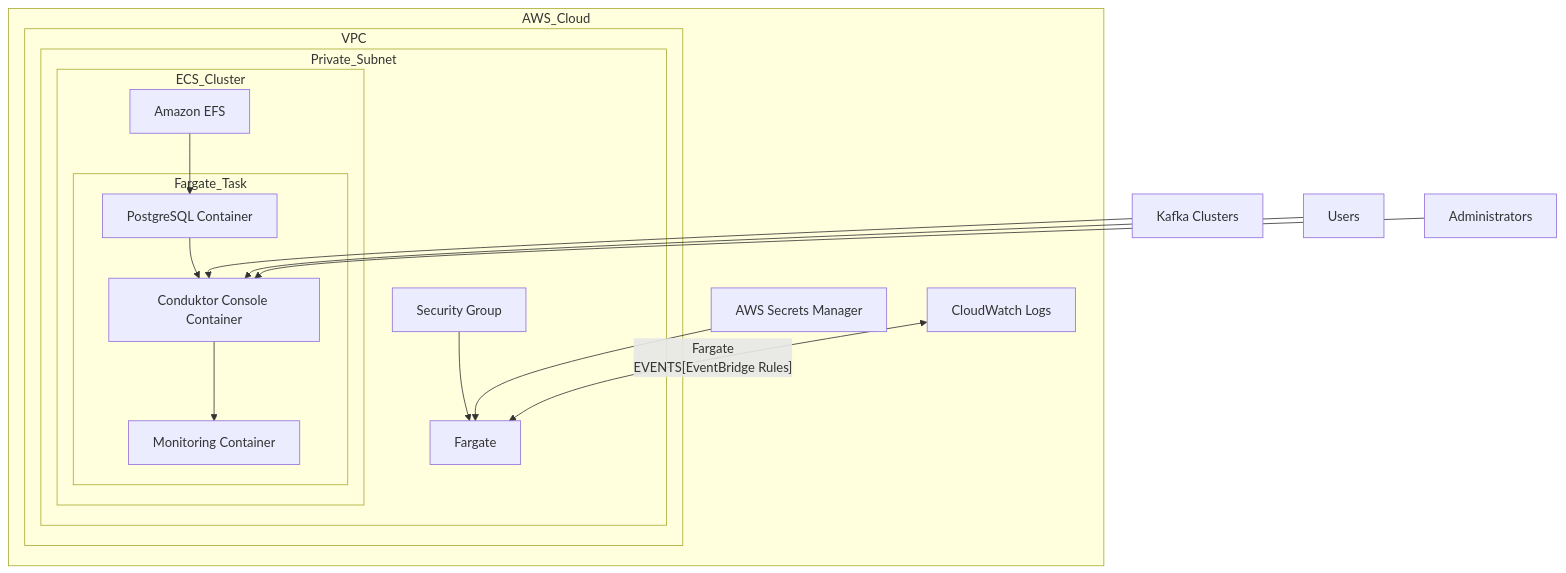
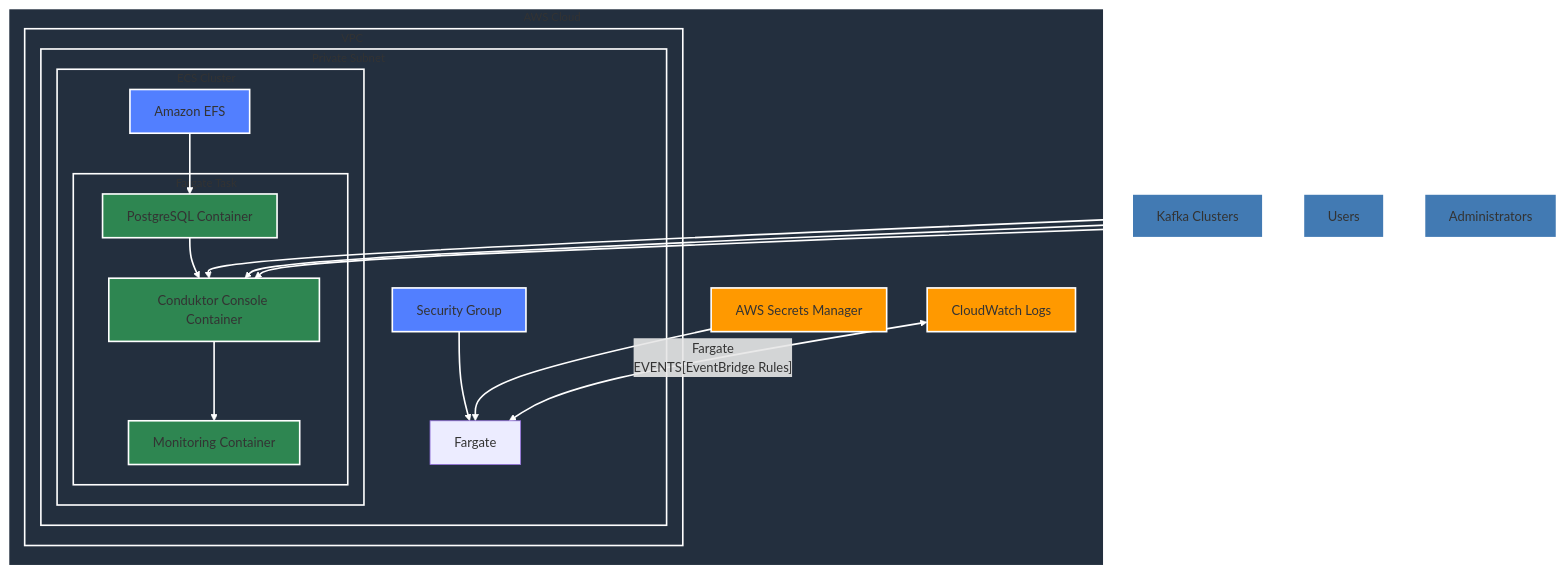
The diagram in README.md (kaisewhite/conduktor), drawn with Mermaid before and after one commit.

Commit message:
Enhance Mermaid diagram with styling and class definitions for AWS components

````diff
--- a/README.md
+++ b/README.md
@@ -42,24 +42,48 @@
 ```mermaid
 graph TD
-    subgraph AWS_Cloud
-        subgraph VPC
-            subgraph Private_Subnet
-                subgraph ECS_Cluster
-                    subgraph Fargate_Task
+    classDef aws fill:#232F3E,stroke:#fff,stroke-width:2px
+    classDef awsService fill:#FF9900,stroke:#fff,stroke-width:2px
+    classDef awsResource fill:#527FFF,stroke:#fff,stroke-width:2px
+    classDef external fill:#427AB3,stroke:#fff,stroke-width:2px
+    classDef container fill:#2E8651,stroke:#fff,stroke-width:2px
+
+    subgraph AWS_Cloud["AWS Cloud"]
+        class AWS_Cloud aws
+        subgraph VPC["VPC"]
+            class VPC aws
+            subgraph Private_Subnet["Private Subnet"]
+                class Private_Subnet aws
+                subgraph ECS_Cluster["ECS Cluster"]
+                    class ECS_Cluster aws
+                    subgraph Fargate_Task["Fargate Task"]
+                        class Fargate_Task aws
                         PG[PostgreSQL Container] --> CONDUKTOR
                         CONDUKTOR[Conduktor Console Container] --> MONITORING
                         MONITORING[Monitoring Container]
+                        class PG,CONDUKTOR,MONITORING container
                     end
                     EFS[Amazon EFS] --> PG
+                    class EFS awsResource
                 end
                 SG[Security Group] --> Fargate
+                class SG awsResource
             end
         end
         SECRETS[AWS Secrets Manager] --> Fargate
         LOGS[CloudWatch Logs] <-- Fargate
         EVENTS[EventBridge Rules] --> Fargate
+        class SECRETS,LOGS,EVENTS awsService
     end
     KAFKA[Kafka Clusters] --> CONDUKTOR
     USER[Users] --> CONDUKTOR
     ADMIN[Administrators] --> CONDUKTOR
+    class KAFKA,USER,ADMIN external
+
+    style AWS_Cloud fill:#232F3E,stroke:#fff,stroke-width:2px,font-size:14px
+    style VPC fill:#232F3E,stroke:#fff,stroke-width:2px,font-size:14px
+    style Private_Subnet fill:#232F3E,stroke:#fff,stroke-width:2px,font-size:14px
+    style ECS_Cluster fill:#232F3E,stroke:#fff,stroke-width:2px,font-size:14px
+    style Fargate_Task fill:#232F3E,stroke:#fff,stroke-width:2px,font-size:14px
+
+    linkStyle default stroke:#fff,stroke-width:2px
 ```
````
